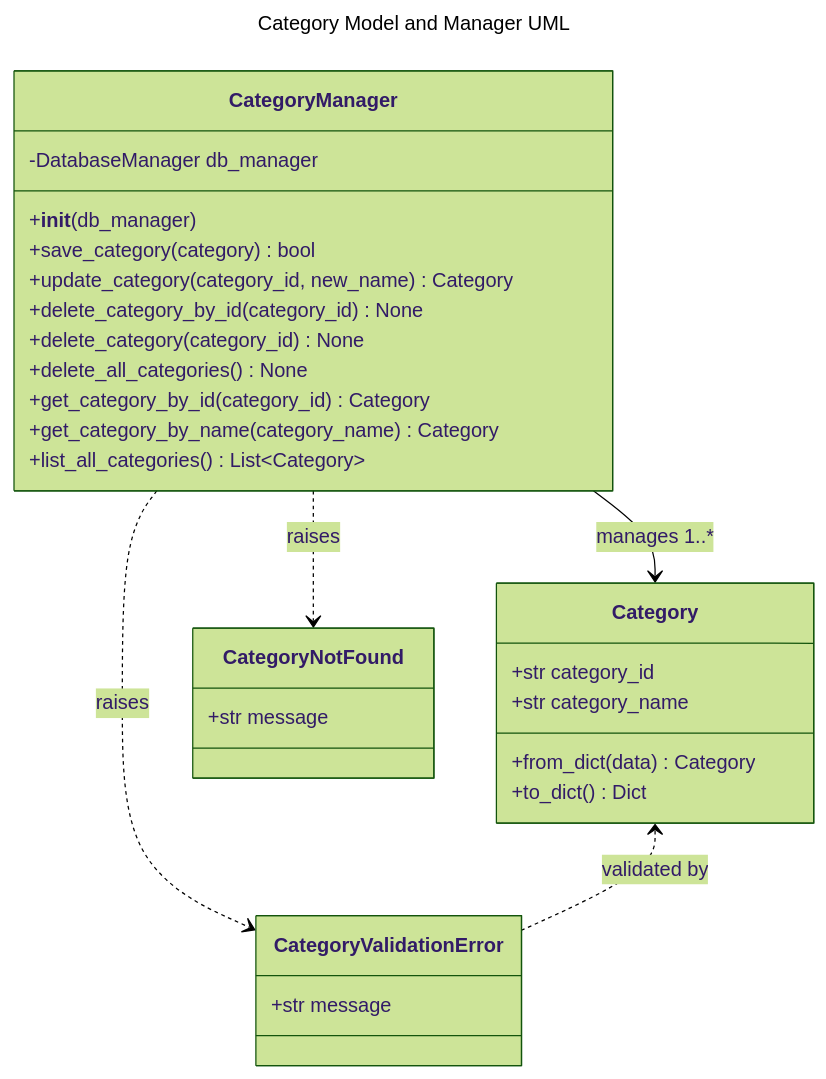
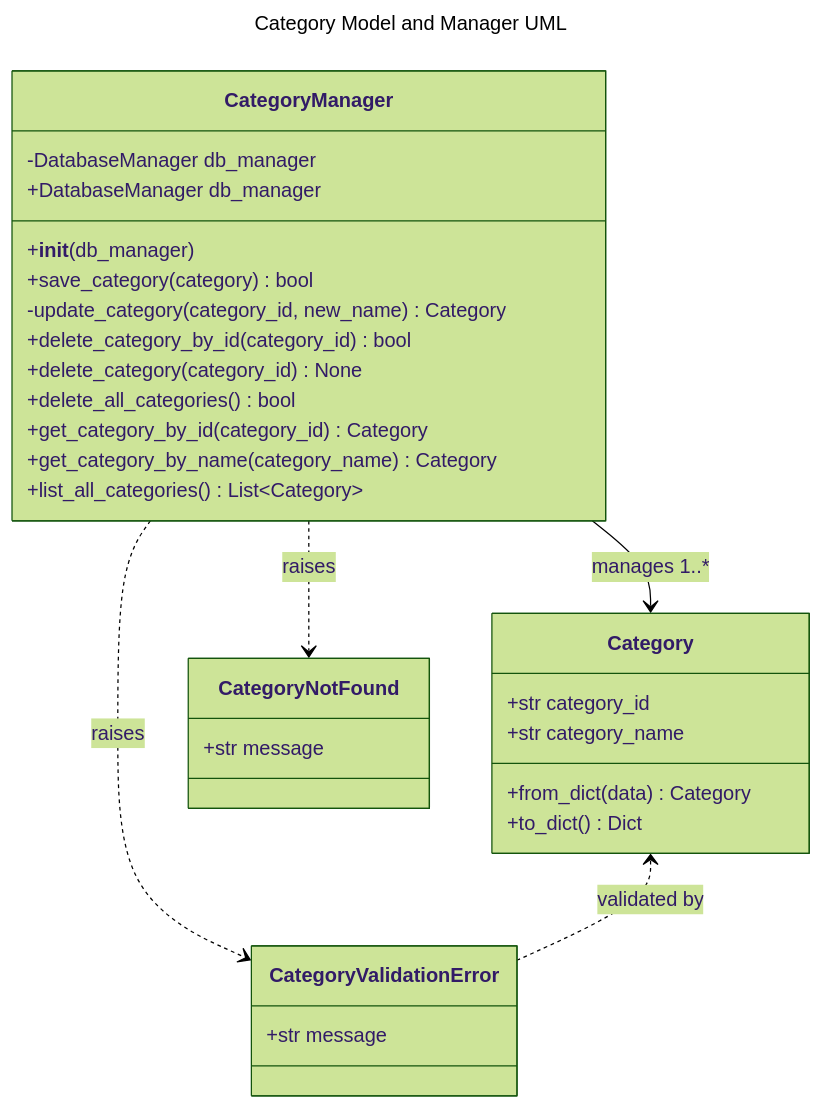
The diagram in Prompts/Category.md (SeanAdams10/AITypingTrainer), drawn with Mermaid (forest theme) before and after one commit. The commit also changed 6 other files, not shown here.

Commit message:
Category now cleaned up with all tests running, plus methods updated.    Next onto the library view

````diff
--- a/Prompts/Category.md
+++ b/Prompts/Category.md
@@ -80,35 +80,36 @@
 ```mermaid
 ---
 title: Category Model and Manager UML
 ---
 classDiagram
     class Category {
         +str category_id
         +str category_name
         +from_dict(data) Category
         +to_dict() Dict
     }
     class CategoryManager {
         -DatabaseManager db_manager
+        +DatabaseManager db_manager
         +__init__(db_manager)
         +save_category(category) bool
-        +update_category(category_id, new_name) Category
-        +delete_category_by_id(category_id) None
+        -update_category(category_id, new_name) Category
+        +delete_category_by_id(category_id) bool
         +delete_category(category_id) None
-        +delete_all_categories() None
+        +delete_all_categories() bool
         +get_category_by_id(category_id) Category
         +get_category_by_name(category_name) Category
         +list_all_categories() List~Category~
     }
     class CategoryValidationError {
         +str message
     }
     class CategoryNotFound {
         +str message
     }
     CategoryManager --> Category : manages 1..*
     CategoryManager ..> CategoryValidationError : raises
     CategoryManager ..> CategoryNotFound : raises
     Category <.. CategoryValidationError : validated by
     %% Test classes are not included in the main diagram, but test coverage is implied.
 ```
````
